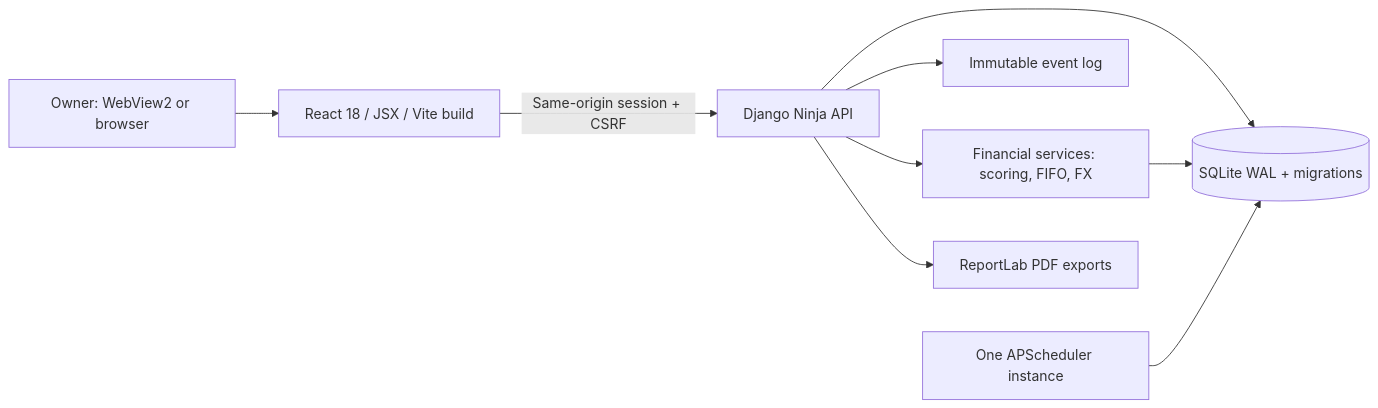
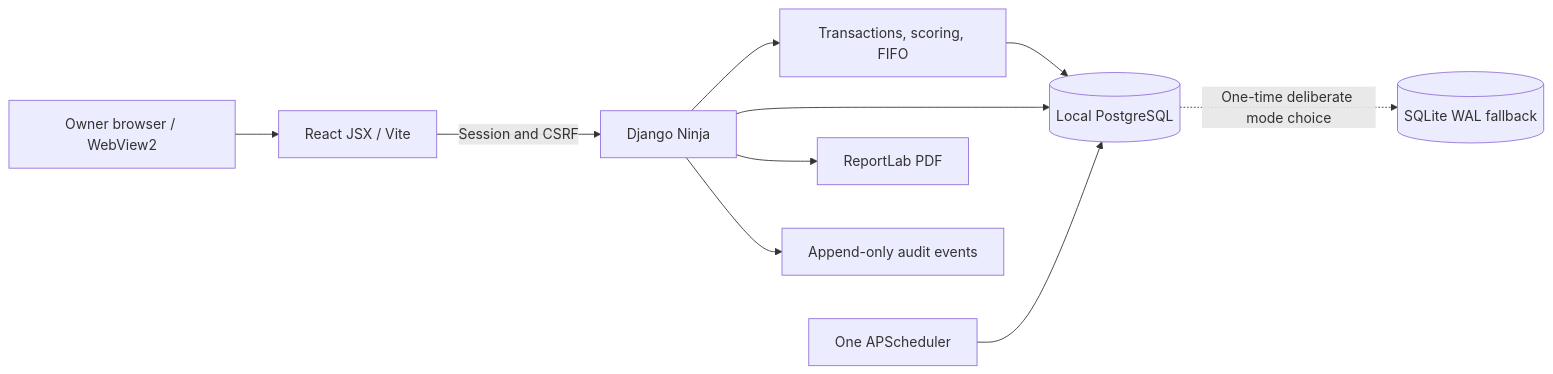
One commit to PerezChris99/kc-ledger changed the diagram in docs/02-architecture.md. Above: the diagram before and after it, drawn with Mermaid. The commit also changed other lines of this file and 27 other files, not shown here.

First line of the commit message:
feat(database): prefer local PostgreSQL with safe pinned SQLite fallback

````diff
--- a/docs/02-architecture.md
+++ b/docs/02-architecture.md
@@ -5,11 +5,12 @@
 ```mermaid
 flowchart LR
-  U[Owner: WebView2 or browser] --> R[React 18 / JSX / Vite build]
-  R -->|Same-origin session + CSRF| A[Django Ninja API]
-  A --> S[Financial services: scoring, FIFO, FX]
-  A --> D[(SQLite WAL + migrations)]
-  S --> D
-  A --> E[Immutable event log]
-  J[One APScheduler instance] --> D
-  A --> P[ReportLab PDF exports]
+  U[Owner browser / WebView2] --> R[React JSX / Vite]
+  R -->|Session and CSRF| API[Django Ninja]
+  API --> S[Transactions, scoring, FIFO]
+  S --> DB[(Local PostgreSQL)]
+  API --> DB
+  J[One APScheduler] --> DB
+  API --> P[ReportLab PDF]
+  API --> AUDIT[Append-only audit events]
+  DB -.One-time deliberate mode choice.-> F[(SQLite WAL fallback)]
 ```
````
